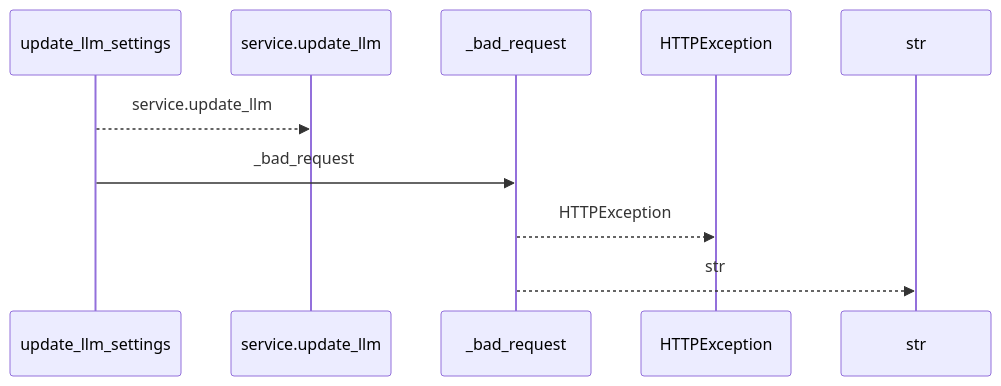
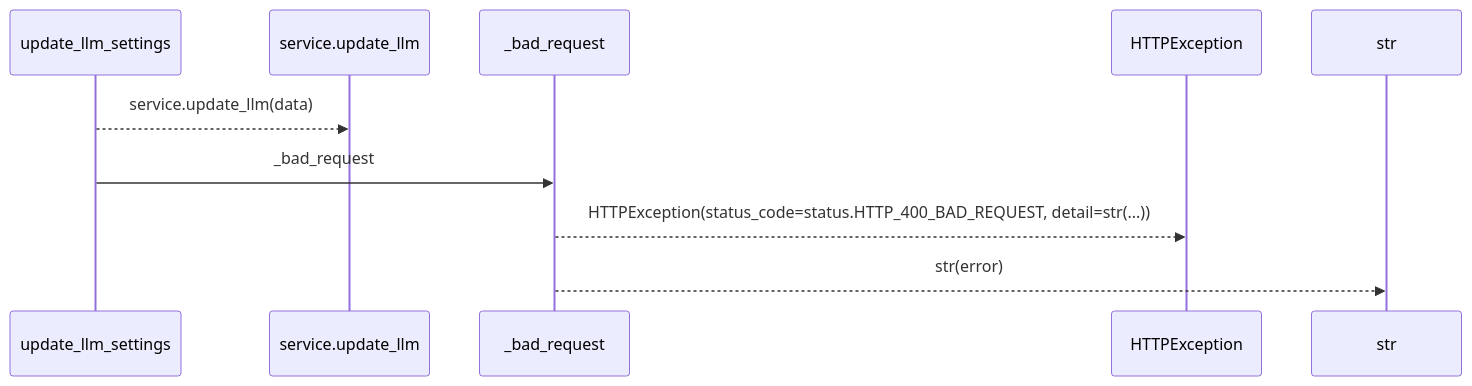
The first of 2 diagrams in docs/llm_wiki/flows/http-update_llm_settings.md (Denissvgn/WorkChord), drawn with Mermaid before and after one commit. The commit also changed other lines of this file and 25171 other files, not shown here.

````diff
--- a/docs/llm_wiki/flows/http-update_llm_settings.md
+++ b/docs/llm_wiki/flows/http-update_llm_settings.md
@@ -10,12 +12,12 @@
 ```mermaid
 sequenceDiagram
     participant p0 as update_llm_settings
     participant p1 as service.update_llm
     participant p2 as _bad_request
     participant p3 as HTTPException
     participant p4 as str
-    p0-->>p1: service.update_llm
+    p0-->>p1: service.update_llm(data)
     p0->>p2: _bad_request
-    p2-->>p3: HTTPException
-    p2-->>p4: str
+    p2-->>p3: HTTPException(status_code=status.HTTP_400_BAD_REQUEST, detail=str(...))
+    p2-->>p4: str(error)
 ```
````
